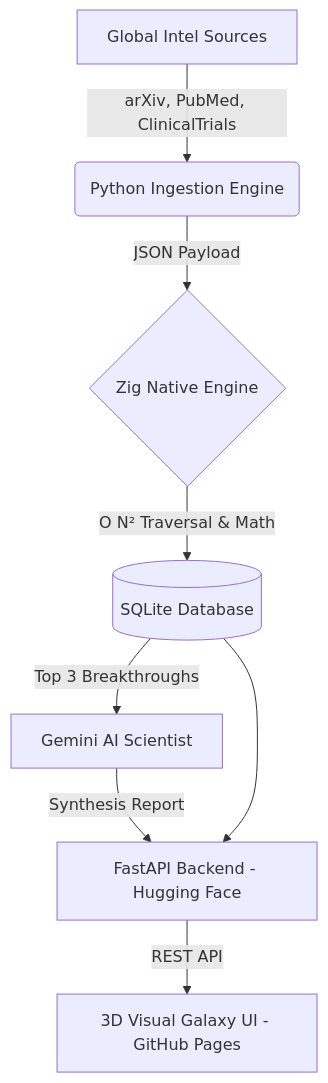
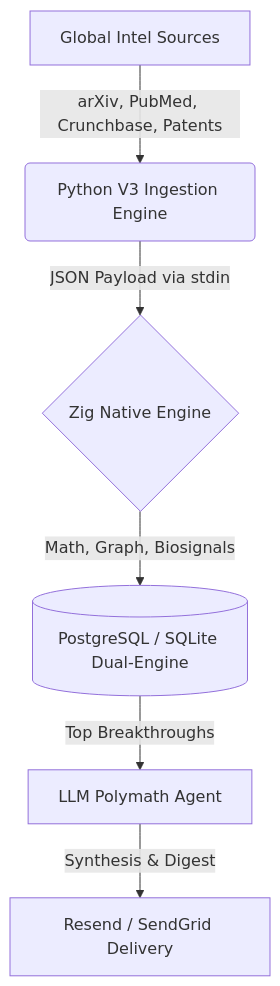
The diagram in README.md (Noetica-Intelligence/Noetica), drawn with Mermaid before and after one commit. The commit also changed other lines of this file and 9 other files, not shown here.

First line of the commit message:
feat: Implement Noetica 1.0 Blueprint (V3 Architecture)

````diff
--- a/README.md
+++ b/README.md
@@ -50,10 +51,8 @@
 ```mermaid
 graph TD
-    A[Global Intel Sources] -->|arXiv, PubMed, ClinicalTrials| B(Python Ingestion Engine)
-    B -->|JSON Payload| C{Zig Native Engine}
-    C -->|O N² Traversal & Math| D[(SQLite Database)]
-    D -->|Top 3 Breakthroughs| E[Gemini AI Scientist]
-    E -->|Synthesis Report| F[FastAPI Backend - Hugging Face]
-    D --> F
-    F -->|REST API| G[3D Visual Galaxy UI - GitHub Pages]
+    A[Global Intel Sources] -->|arXiv, PubMed, Crunchbase, Patents| B(Python V3 Ingestion Engine)
+    B -->|JSON Payload via stdin| C{Zig Native Engine}
+    C -->|Math, Graph, Biosignals| D[(PostgreSQL / SQLite Dual-Engine)]
+    D -->|Top Breakthroughs| E[LLM Polymath Agent]
+    E -->|Synthesis & Digest| F[Resend / SendGrid Delivery]
 ```
````
